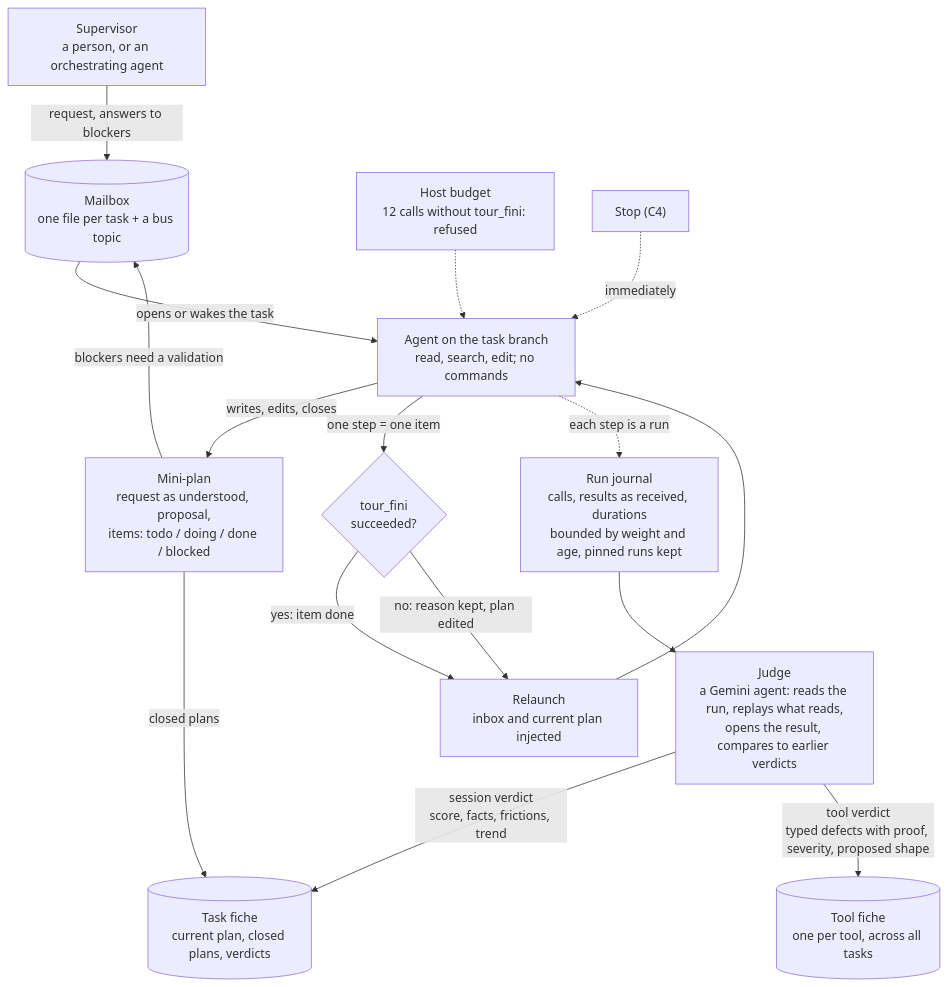
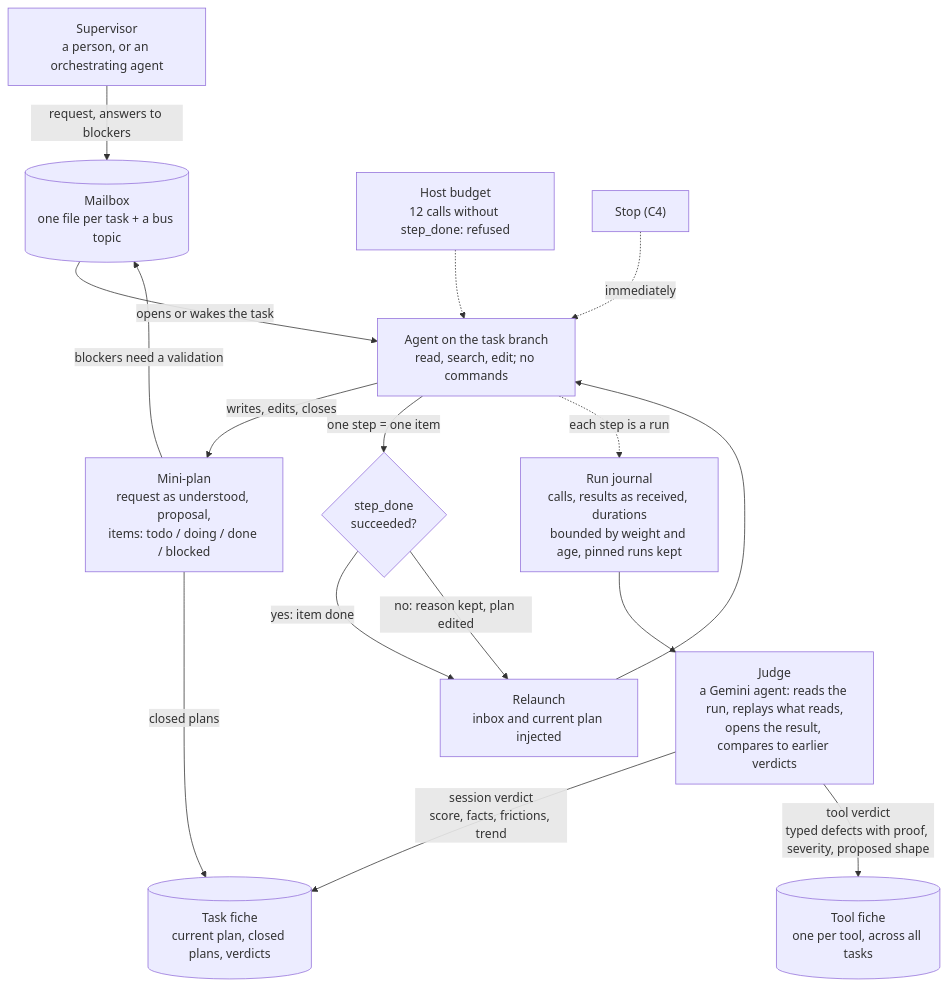
Before and after one commit to L-Defraiteur/rag3db: the second of 2 diagrams in extension/rag3weaver/README.md, drawn with Mermaid.

Commit message:
docs(readme): step_done — identifiers in English

````diff
--- a/extension/rag3weaver/README.md
+++ b/extension/rag3weaver/README.md
@@ -182,18 +182,18 @@
 ```mermaid
 flowchart TD
     S["Supervisor<br/>a person, or an orchestrating agent"] -->|"request, answers to blockers"| B[("Mailbox<br/>one file per task + a bus topic")]
     B -->|"opens or wakes the task"| A["Agent on the task branch<br/>read, search, edit; no commands"]
     A -->|"writes, edits, closes"| P["Mini-plan<br/>request as understood, proposal,<br/>items: todo / doing / done / blocked"]
     P -->|"blockers need a validation"| B
-    A -->|"one step = one item"| T{"tour_fini<br/>succeeded?"}
+    A -->|"one step = one item"| T{"step_done<br/>succeeded?"}
     T -->|"yes: item done"| R["Relaunch<br/>inbox and current plan injected"]
     T -->|"no: reason kept, plan edited"| R
     R --> A
-    H["Host budget<br/>12 calls without tour_fini: refused"] -.-> A
+    H["Host budget<br/>12 calls without step_done: refused"] -.-> A
     C["Stop (C4)"] -.->|"immediately"| A
     A -.->|"each step is a run"| J["Run journal<br/>calls, results as received, durations<br/>bounded by weight and age, pinned runs kept"]
     J --> G["Judge<br/>a Gemini agent: reads the run, replays what reads,<br/>opens the result, compares to earlier verdicts"]
     G -->|"session verdict<br/>score, facts, frictions, trend"| F[("Task fiche<br/>current plan, closed plans, verdicts")]
     G -->|"tool verdict<br/>typed defects with proof, severity, proposed shape"| O[("Tool fiche<br/>one per tool, across all tasks")]
     P -->|"closed plans"| F
 ```
````
